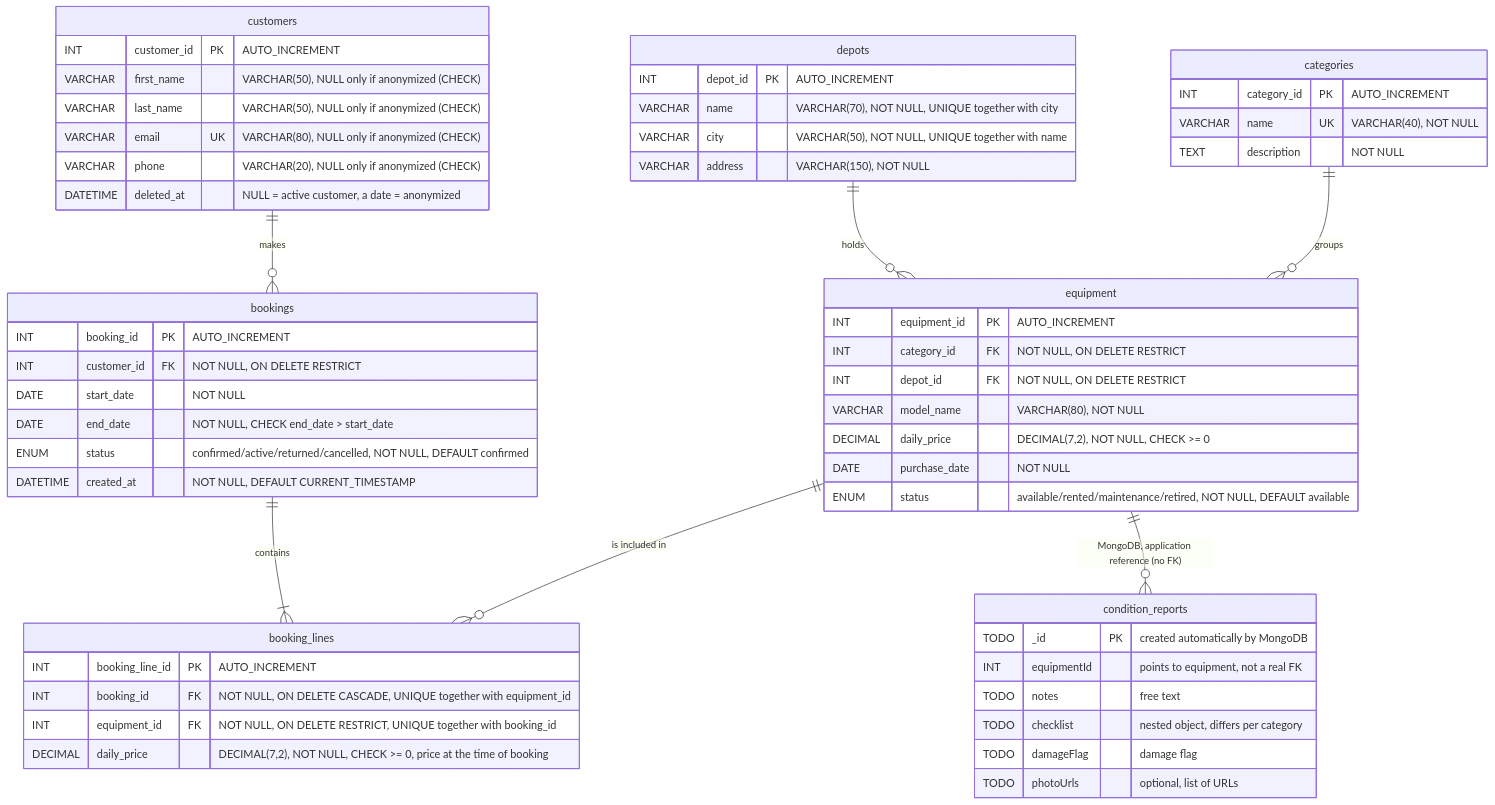
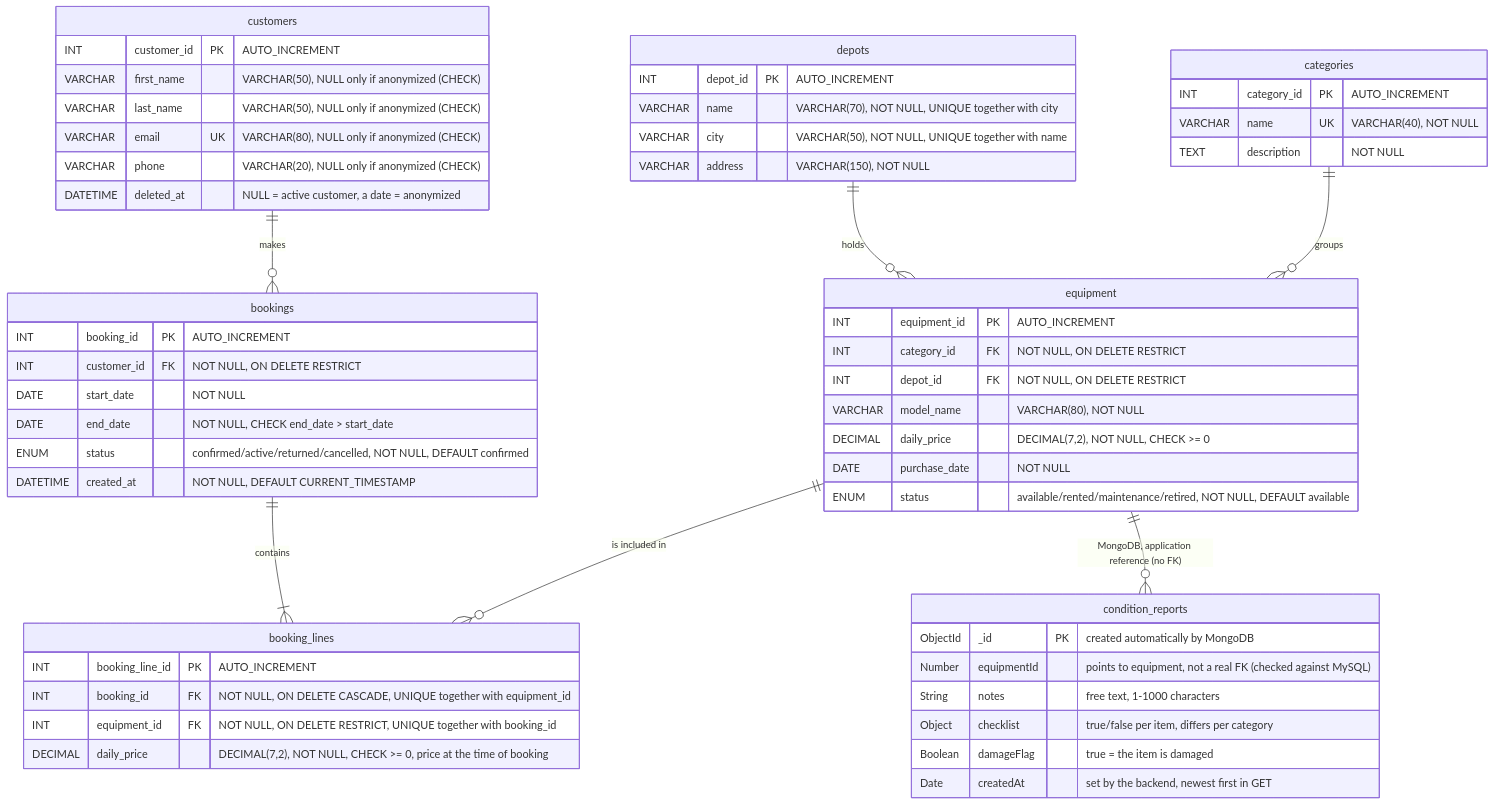
Before and after one commit to IsaForsberg/nordicrent-api: the diagram in docs/er-diagram.md, drawn with Mermaid. The commit also changed other lines of this file and 2 other files, not shown here.

Commit message:
Add comments, fill in README sections, update ER diagram

````diff
--- a/docs/er-diagram.md
+++ b/docs/er-diagram.md
@@ -5,66 +5,66 @@
 ```mermaid
 erDiagram
     customers ||--o{ bookings : "makes"
     bookings ||--|{ booking_lines : "contains"
     equipment ||--o{ booking_lines : "is included in"
     depots ||--o{ equipment : "holds"
     categories ||--o{ equipment : "groups"
     equipment ||--o{ condition_reports : "MongoDB, application reference (no FK)"
 
     customers {
         INT customer_id PK "AUTO_INCREMENT"
         VARCHAR first_name "VARCHAR(50), NULL only if anonymized (CHECK)"
         VARCHAR last_name "VARCHAR(50), NULL only if anonymized (CHECK)"
         VARCHAR email UK "VARCHAR(80), NULL only if anonymized (CHECK)"
         VARCHAR phone "VARCHAR(20), NULL only if anonymized (CHECK)"
         DATETIME deleted_at "NULL = active customer, a date = anonymized"
     }
 
     depots {
         INT depot_id PK "AUTO_INCREMENT"
         VARCHAR name "VARCHAR(70), NOT NULL, UNIQUE together with city"
         VARCHAR city "VARCHAR(50), NOT NULL, UNIQUE together with name"
         VARCHAR address "VARCHAR(150), NOT NULL"
     }
 
     categories {
         INT category_id PK "AUTO_INCREMENT"
         VARCHAR name UK "VARCHAR(40), NOT NULL"
         TEXT description "NOT NULL"
     }
 
     equipment {
         INT equipment_id PK "AUTO_INCREMENT"
         INT category_id FK "NOT NULL, ON DELETE RESTRICT"
         INT depot_id FK "NOT NULL, ON DELETE RESTRICT"
         VARCHAR model_name "VARCHAR(80), NOT NULL"
         DECIMAL daily_price "DECIMAL(7,2), NOT NULL, CHECK >= 0"
         DATE purchase_date "NOT NULL"
         ENUM status "available/rented/maintenance/retired, NOT NULL, DEFAULT available"
     }
 
     bookings {
         INT booking_id PK "AUTO_INCREMENT"
         INT customer_id FK "NOT NULL, ON DELETE RESTRICT"
         DATE start_date "NOT NULL"
         DATE end_date "NOT NULL, CHECK end_date > start_date"
         ENUM status "confirmed/active/returned/cancelled, NOT NULL, DEFAULT confirmed"
         DATETIME created_at "NOT NULL, DEFAULT CURRENT_TIMESTAMP"
     }
 
     booking_lines {
         INT booking_line_id PK "AUTO_INCREMENT"
         INT booking_id FK "NOT NULL, ON DELETE CASCADE, UNIQUE together with equipment_id"
         INT equipment_id FK "NOT NULL, ON DELETE RESTRICT, UNIQUE together with booking_id"
         DECIMAL daily_price "DECIMAL(7,2), NOT NULL, CHECK >= 0, price at the time of booking"
     }
 
     condition_reports {
-        TODO _id PK "created automatically by MongoDB"
-        INT equipmentId "points to equipment, not a real FK"
-        TODO notes "free text"
-        TODO checklist "nested object, differs per category"
-        TODO damageFlag "damage flag"
-        TODO photoUrls "optional, list of URLs"
-    } 
+        ObjectId _id PK "created automatically by MongoDB"
+        Number equipmentId "points to equipment, not a real FK (checked against MySQL)"
+        String notes "free text, 1-1000 characters"
+        Object checklist "true/false per item, differs per category"
+        Boolean damageFlag "true = the item is damaged"
+        Date createdAt "set by the backend, newest first in GET"
+    }
 ```
````
